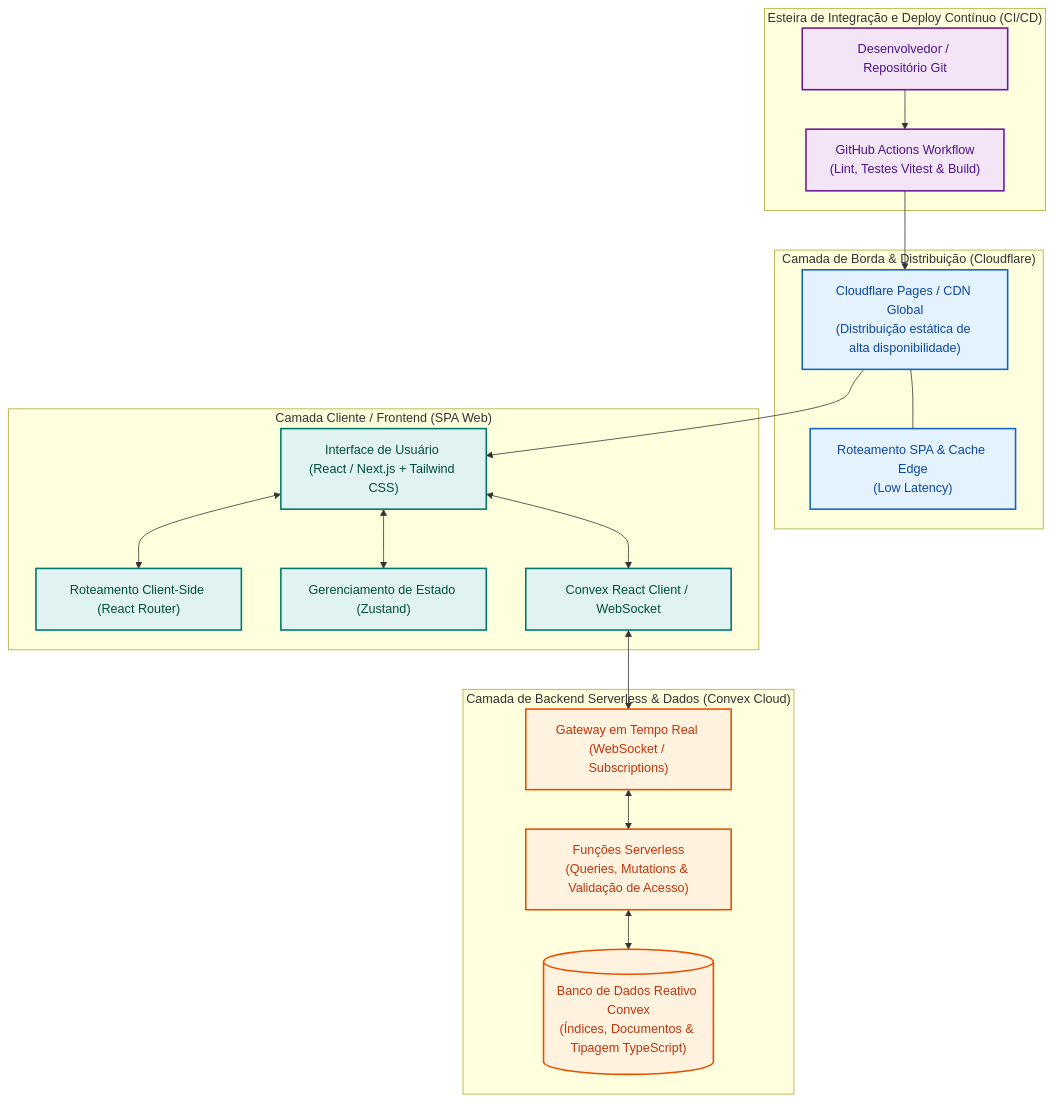
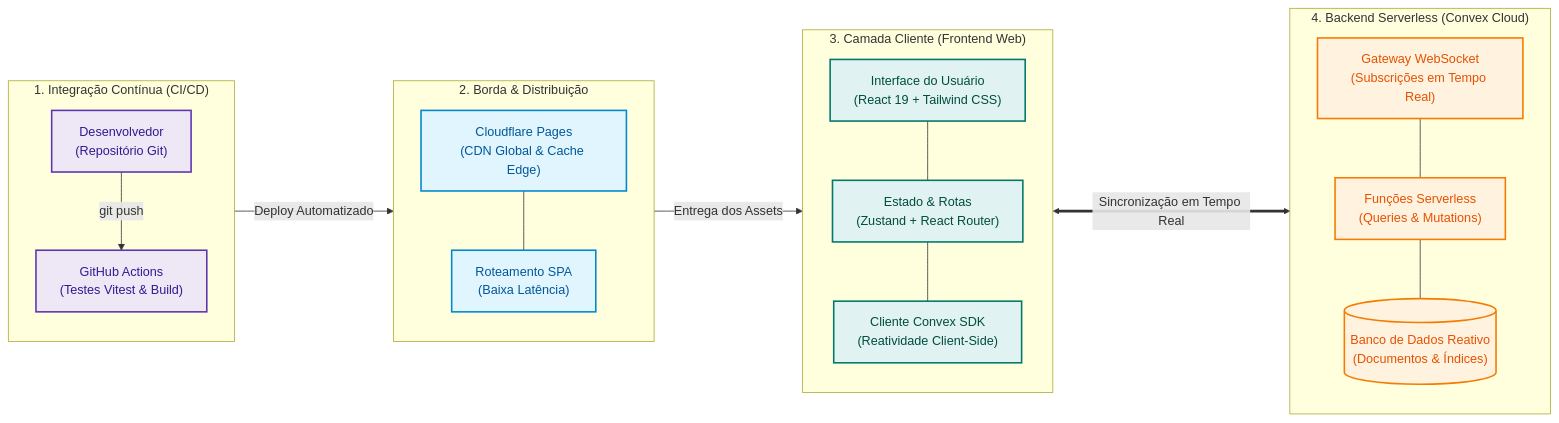
The first of 3 diagrams in README.md (Luann8/sigs-apps-online), drawn with Mermaid before and after one commit.

````diff
--- a/README.md
+++ b/README.md
@@ -11,48 +11,53 @@
 ```mermaid
-flowchart TD
+flowchart LR
+    %% Estilos de cores padronizados
+    classDef cicd fill:#EDE7F6,stroke:#5E35B1,stroke-width:2px,color:#311B92;
+    classDef edge fill:#E1F5FE,stroke:#0288D1,stroke-width:2px,color:#01579B;
     classDef client fill:#E0F2F1,stroke:#00796B,stroke-width:2px,color:#004D40;
-    classDef edge fill:#E3F2FD,stroke:#1565C0,stroke-width:2px,color:#0D47A1;
-    classDef backend fill:#FFF3E0,stroke:#E65100,stroke-width:2px,color:#BF360C;
-    classDef cicd fill:#F3E5F5,stroke:#6A1B9A,stroke-width:2px,color:#4A148C;
+    classDef backend fill:#FFF3E0,stroke:#F57C00,stroke-width:2px,color:#E65100;
 
-    subgraph CI_CD ["Esteira de Integração e Deploy Contínuo (CI/CD)"]
-        DEV["Desenvolvedor / Repositório Git"]
-        GHA["GitHub Actions Workflow<br/>(Lint, Testes Vitest & Build)"]
-        DEV --> GHA
+    %% 1. CI/CD
+    subgraph CI_CD ["1. Integração Contínua (CI/CD)"]
+        direction TB
+        DEV["Desenvolvedor<br/>(Repositório Git)"]
+        GHA["GitHub Actions<br/>(Testes Vitest & Build)"]
+        DEV -->|"git push"| GHA
     end
 
-    subgraph EDGE_LAYER ["Camada de Borda & Distribuição (Cloudflare)"]
-        CF_PAGES["Cloudflare Pages / CDN Global<br/>(Distribuição estática de alta disponibilidade)"]
-        SPA_ROUTING["Roteamento SPA & Cache Edge<br/>(Low Latency)"]
-        CF_PAGES --- SPA_ROUTING
+    %% 2. Edge / Hospedagem
+    subgraph EDGE ["2. Borda & Distribuição"]
+        direction TB
+        CF["Cloudflare Pages<br/>(CDN Global & Cache Edge)"]
+        SPA["Roteamento SPA<br/>(Baixa Latência)"]
+        CF --- SPA
     end
 
-    subgraph FRONTEND ["Camada Cliente / Frontend (SPA Web)"]
-        UI["Interface de Usuário (React / Next.js + Tailwind CSS)"]
-        ROUTER["Roteamento Client-Side (React Router)"]
-        STATE["Gerenciamento de Estado (Zustand)"]
-        CONVEX_CLIENT["Convex React Client / WebSocket"]
-        
-        UI <--> ROUTER
-        UI <--> STATE
-        UI <--> CONVEX_CLIENT
+    %% 3. Frontend
+    subgraph FRONTEND ["3. Camada Cliente (Frontend Web)"]
+        direction TB
+        UI["Interface do Usuário<br/>(React 19 + Tailwind CSS)"]
+        STORE["Estado & Rotas<br/>(Zustand + React Router)"]
+        SDK["Cliente Convex SDK<br/>(Reatividade Client-Side)"]
+        UI --- STORE --- SDK
     end
 
-    subgraph BACKEND ["Camada de Backend Serverless & Dados (Convex Cloud)"]
-        WS_GATEWAY["Gateway em Tempo Real (WebSocket / Subscriptions)"]
-        SERVERLESS_FN["Funções Serverless<br/>(Queries, Mutations & Validação de Acesso)"]
-        CONVEX_DB[("Banco de Dados Reativo Convex<br/>(Índices, Documentos & Tipagem TypeScript)")]
-        
-        WS_GATEWAY <--> SERVERLESS_FN
-        SERVERLESS_FN <--> CONVEX_DB
+    %% 4. Backend Serverless
+    subgraph BACKEND ["4. Backend Serverless (Convex Cloud)"]
+        direction TB
+        WS["Gateway WebSocket<br/>(Subscrições em Tempo Real)"]
+        FN["Funções Serverless<br/>(Queries & Mutations)"]
+        DB[("Banco de Dados Reativo<br/>(Documentos & Índices)")]
+        WS --- FN --- DB
     end
 
-    GHA --> CF_PAGES
-    CF_PAGES --> UI
-    CONVEX_CLIENT <--> WS_GATEWAY
+    %% Conexões entre camadas
+    GHA -->|"Deploy Automatizado"| CF
+    CF -->|"Entrega dos Assets"| UI
+    SDK <===>|"Sincronização em Tempo Real"| WS
 
-    class UI,ROUTER,STATE,CONVEX_CLIENT client;
-    class CF_PAGES,SPA_ROUTING edge;
-    class WS_GATEWAY,SERVERLESS_FN,CONVEX_DB backend;
+    %% Aplicação de classes
     class DEV,GHA cicd;
+    class CF,SPA edge;
+    class UI,STORE,SDK client;
+    class WS,FN,DB backend;
 ```
````
